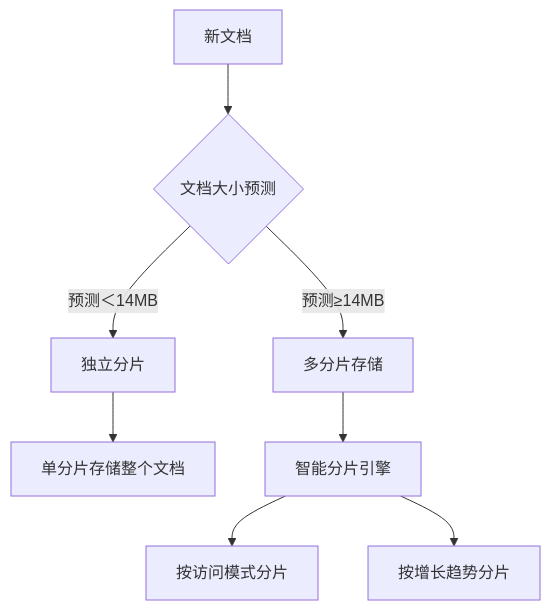
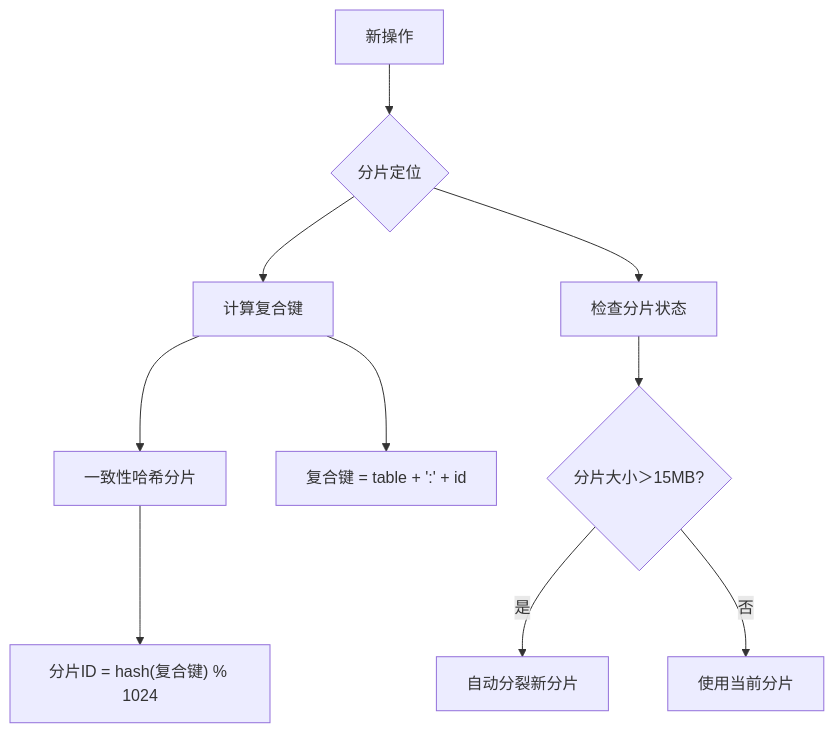
One commit to yingjianzh/iodraw-files changed the diagram in all/未命名-24.md. Above: the diagram before and after it, drawn with Mermaid.

Commit message:
2025-02-24 14:35:48 update

````diff
--- a/all/未命名-24.md
+++ b/all/未命名-24.md
@@ -1,11 +1,14 @@
 ```mermaid
 graph TD
-    A[新文档] --> B{文档大小预测}
-    B -- 预测＜14MB --> C[独立分片]
-    B -- 预测≥14MB --> D[多分片存储]
+    A[新操作] --> B{分片定位}
+    B --> C[计算复合键]
+    C --> D[一致性哈希分片]
     
-    C --> E[单分片存储整个文档]
-    D --> F[智能分片引擎]
-    F --> G[按访问模式分片]
-    F --> H[按增长趋势分片]
+    C --> E["复合键 = table + ':' + id"]
+    D --> F["分片ID = hash(复合键) % 1024"]
+    
+    B --> G[检查分片状态]
+    G --> H{分片大小＞15MB?}
+    H -- 是 --> I[自动分裂新分片]
+    H -- 否 --> J[使用当前分片]
 ```
````
